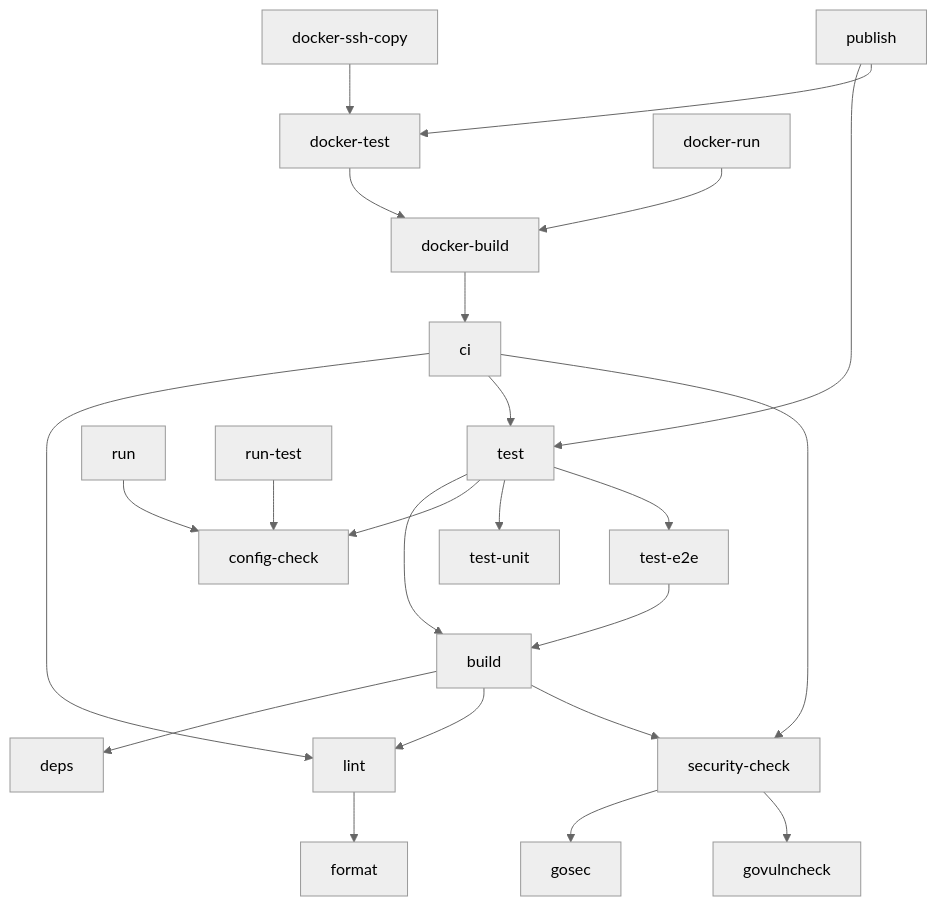
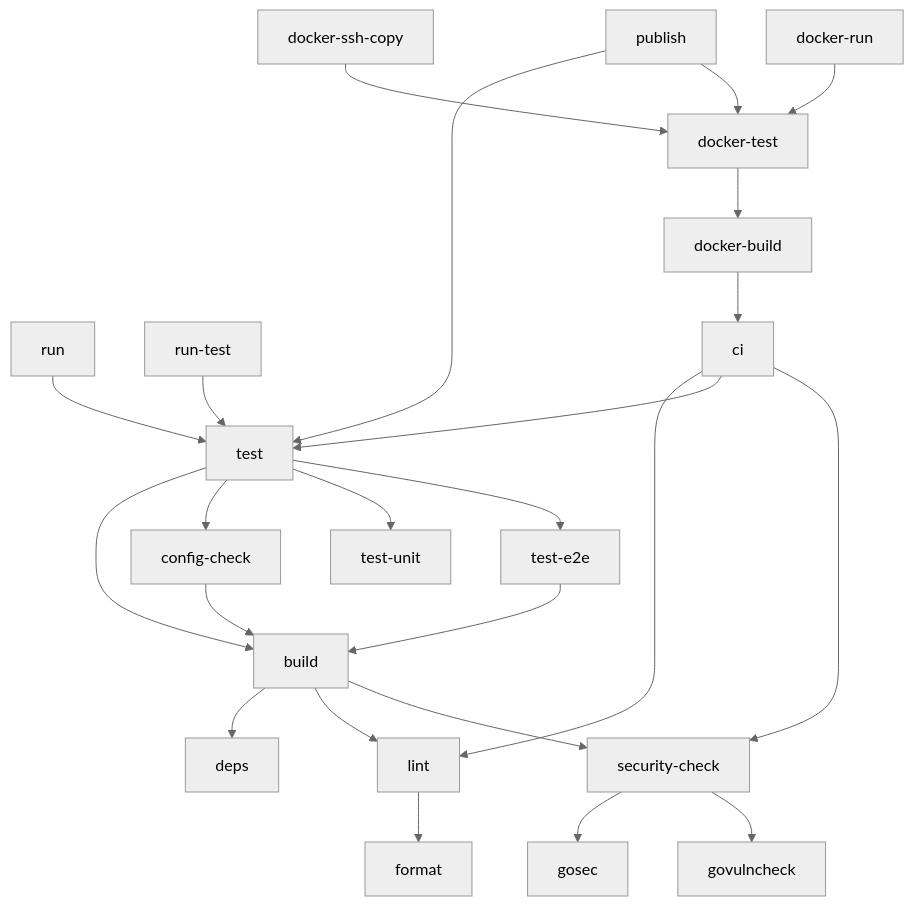
One commit to orgoj/weblogproxy changed the second of 2 diagrams in README.md. Above: the diagram before and after it, drawn with Mermaid (neutral theme). The commit also changed 2 other files, not shown here.

Commit message:
Update mise.toml and README.md to adjust task dependencies and improve documentation flow

````diff
--- a/README.md
+++ b/README.md
@@ -322,25 +322,26 @@
 ```mermaid
 graph TD
   build --> deps
   lint --> format
   build --> lint
   build --> security-check
   security-check --> gosec
   security-check --> govulncheck
   test-e2e --> build
   test --> build
-  run --> config-check
-  run-test --> config-check
+  config-check --> build
+  run --> test
+  run-test --> test
   test --> config-check
   test --> test-unit
   test --> test-e2e
   ci --> lint
   ci --> test
   ci --> security-check
   docker-test --> docker-build
   docker-ssh-copy --> docker-test
-  docker-run --> docker-build
+  docker-run --> docker-test
   docker-build --> ci
   publish --> test
   publish --> docker-test
 ```
````
